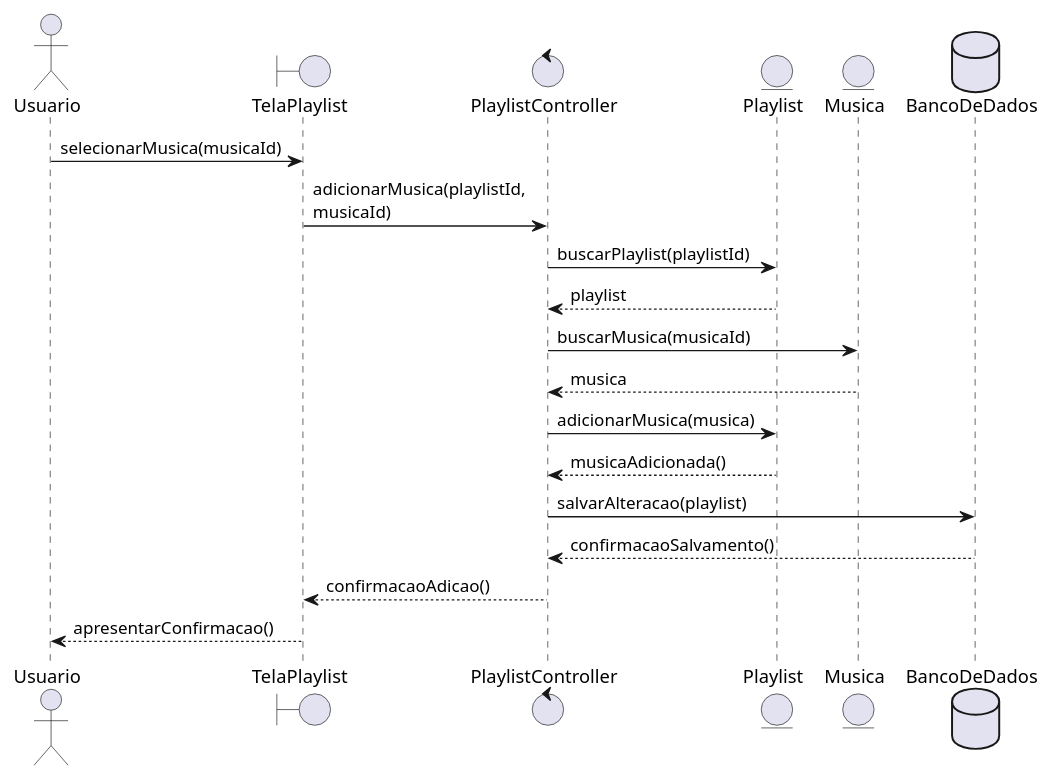
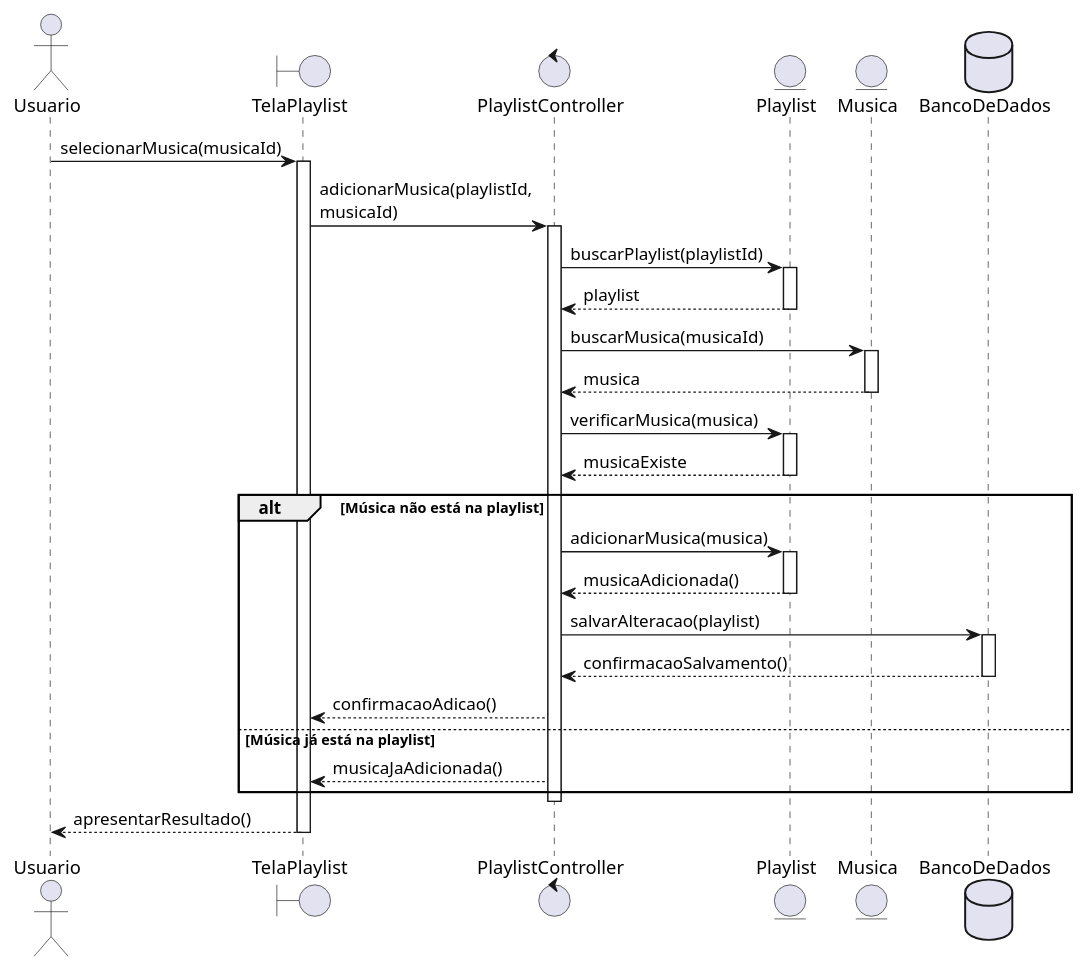
Before and after one commit to Vinicius-Rambo/Analise_Modelagem-II: the fourth of 5 diagrams in 05 - Diagrama de Comunicação/atividade/Resposta.md, drawn with PlantUML. The commit also changed other lines of this file and 2 other files, not shown here.

````diff
--- a/05 - Diagrama de Comunicação/atividade/Resposta.md
+++ b/05 - Diagrama de Comunicação/atividade/Resposta.md
@@ -157,31 +157,61 @@
 ```plantuml
 @startuml
+
 skinparam maxMessageSize 150
+skinparam responseMessageBelowArrow true
 
 actor Usuario
 boundary TelaPlaylist
 control PlaylistController
 entity Playlist
 entity Musica
 database BancoDeDados as BD
 
 Usuario -> TelaPlaylist: selecionarMusica(musicaId)
+activate TelaPlaylist
+
 TelaPlaylist -> PlaylistController: adicionarMusica(playlistId, musicaId)
+activate PlaylistController
 
 PlaylistController -> Playlist: buscarPlaylist(playlistId)
+activate Playlist
 Playlist --> PlaylistController: playlist
+deactivate Playlist
 
 PlaylistController -> Musica: buscarMusica(musicaId)
+activate Musica
 Musica --> PlaylistController: musica
+deactivate Musica
 
-PlaylistController -> Playlist: adicionarMusica(musica)
-Playlist --> PlaylistController: musicaAdicionada()
+PlaylistController -> Playlist: verificarMusica(musica)
+activate Playlist
+Playlist --> PlaylistController: musicaExiste
+deactivate Playlist
 
-PlaylistController -> BD: salvarAlteracao(playlist)
-BD --> PlaylistController: confirmacaoSalvamento()
+alt Música não está na playlist
 
-PlaylistController --> TelaPlaylist: confirmacaoAdicao()
-TelaPlaylist --> Usuario: apresentarConfirmacao()
+    PlaylistController -> Playlist: adicionarMusica(musica)
+    activate Playlist
+    Playlist --> PlaylistController: musicaAdicionada()
+    deactivate Playlist
+
+    PlaylistController -> BD: salvarAlteracao(playlist)
+    activate BD
+    BD --> PlaylistController: confirmacaoSalvamento()
+    deactivate BD
+
+    PlaylistController --> TelaPlaylist: confirmacaoAdicao()
+    
+else Música já está na playlist
+
+    PlaylistController --> TelaPlaylist: musicaJaAdicionada()
+
+end
+
+deactivate PlaylistController
+
+TelaPlaylist --> Usuario: apresentarResultado()
+deactivate TelaPlaylist
 
 @enduml
 ```
````
